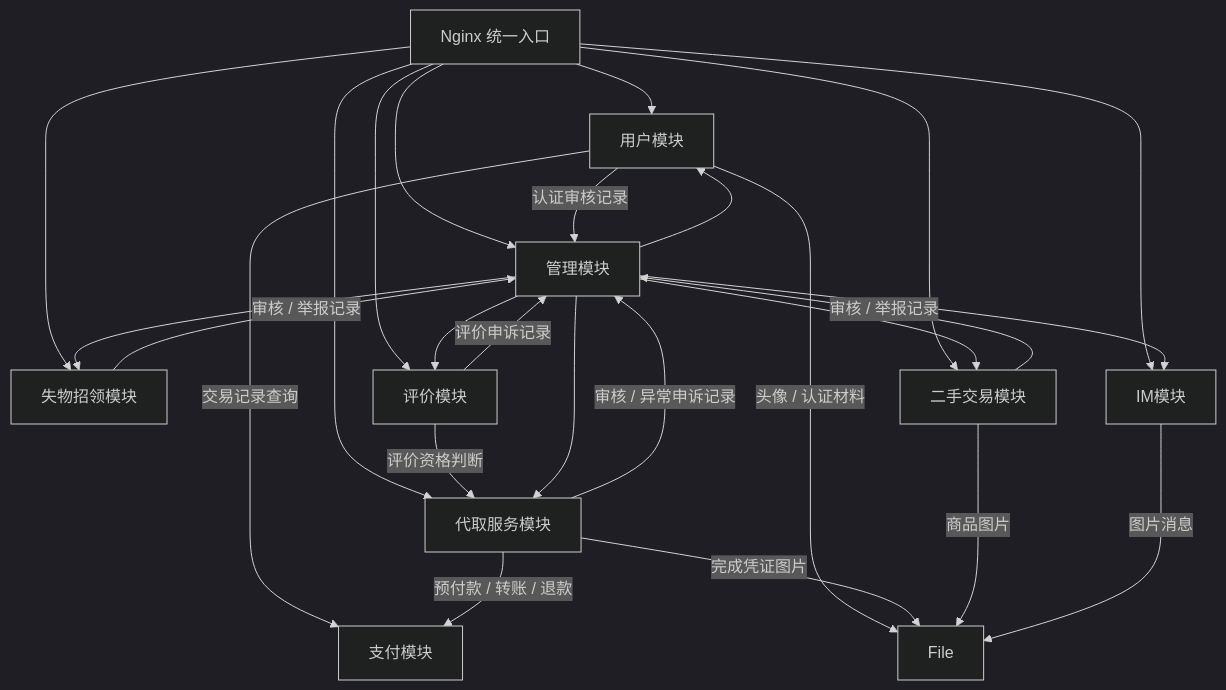
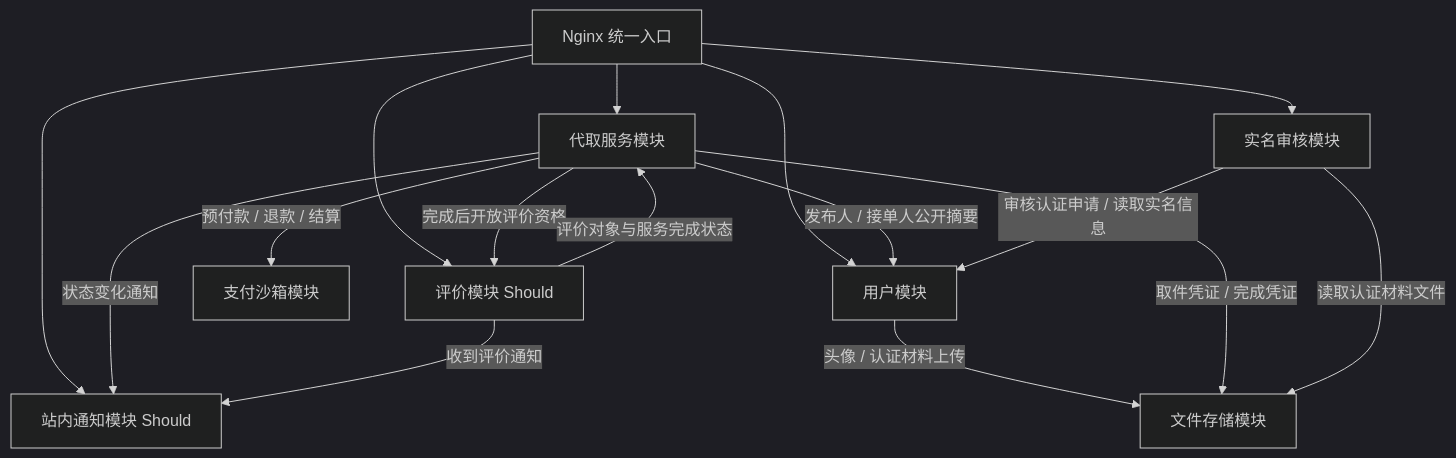
The second of 3 diagrams in docs/P2/architecture_design.md (true-is-dui/CampusHub), drawn with Mermaid (dark theme) before and after one commit. The commit also changed other lines of this file and 10 other files, not shown here.

````diff
--- a/docs/P2/architecture_design.md
+++ b/docs/P2/architecture_design.md
@@ -210,29 +182,19 @@
 ```mermaid
 flowchart TD
     Nginx[Nginx 统一入口] --> User[用户模块]
     Nginx --> Pickup[代取服务模块]
-    Nginx --> LostFound[失物招领模块]
-    Nginx --> Secondhand[二手交易模块]
-    Nginx --> IM[IM模块]
-    Nginx --> Rating[评价模块]
-    Nginx --> Admin[管理模块]
-    User -->|交易记录查询| Payment[支付模块]
-    User -->|头像 / 认证材料| File
-    User -->|认证审核记录| Admin
-    Pickup -->|预付款 / 转账 / 退款| Payment
-    Rating -->|评价资格判断| Pickup
-    Pickup -->|完成凭证图片| File
-    Pickup -->|审核 / 异常申诉记录| Admin
-    LostFound -->|审核 / 举报记录| Admin
-    Secondhand -->|审核 / 举报记录| Admin
-    Rating -->|评价申诉记录| Admin
-    Secondhand -->|商品图片| File
-    IM -->|图片消息| File
+    Nginx --> Admin[实名审核模块]
+    Nginx --> Rating[评价模块 Should]
+    Nginx --> Notice[站内通知模块 Should]
 
-    Admin --> User
-    Admin --> Pickup
-    Admin --> LostFound
-    Admin --> Secondhand
-    Admin --> Rating
-    Admin --> IM
+    User -->|头像 / 认证材料上传| File[文件存储模块]
+    Pickup -->|取件凭证 / 完成凭证| File
+    Pickup -->|预付款 / 退款 / 结算| Payment[支付沙箱模块]
+    Pickup -->|发布人 / 接单人公开摘要| User
+    Pickup -->|完成后开放评价资格| Rating
+    Pickup -->|状态变化通知| Notice
+    Admin -->|审核认证申请 / 读取实名信息| User
+    Admin -->|读取认证材料文件| File
+    Rating -->|评价对象与服务完成状态| Pickup
+    Rating -->|收到评价通知| Notice
 ```
````
